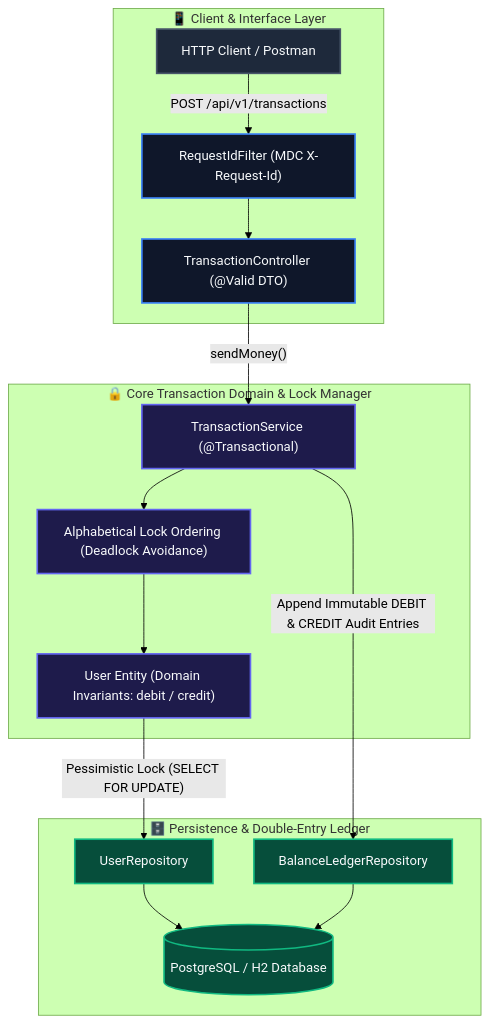
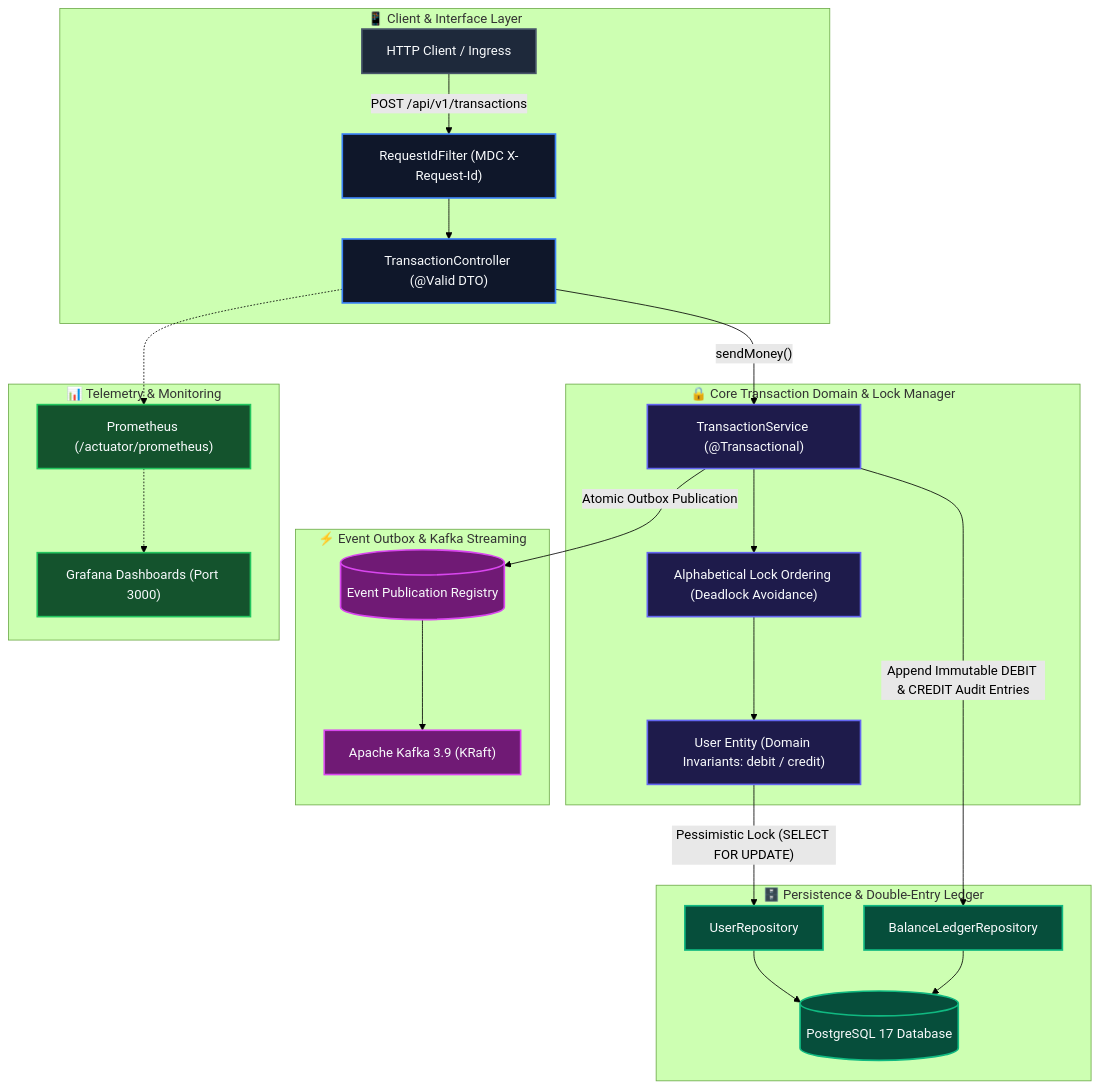
Before and after one commit to shashankch/payflow-api: the diagram in README.md, drawn with Mermaid (forest theme). The commit also changed other lines of this file and 38 other files, not shown here.

````diff
--- a/README.md
+++ b/README.md
@@ -51,30 +55,44 @@
 ```mermaid
 graph TD
     subgraph ClientLayer["📱 Client & Interface Layer"]
-        Client["HTTP Client / Postman"] -->|"POST /api/v1/transactions"| Filter["RequestIdFilter (MDC X-Request-Id)"]
+        Client["HTTP Client / Ingress"] -->|"POST /api/v1/transactions"| Filter["RequestIdFilter (MDC X-Request-Id)"]
         Filter --> Controller["TransactionController (@Valid DTO)"]
     end
 
     subgraph DomainLayer["🔒 Core Transaction Domain & Lock Manager"]
         Controller -->|"sendMoney()"| TxService["TransactionService (@Transactional)"]
         TxService --> LockOrder["Alphabetical Lock Ordering (Deadlock Avoidance)"]
         LockOrder --> UserDomain["User Entity (Domain Invariants: debit / credit)"]
     end
 
     subgraph PersistenceLayer["🗄️ Persistence & Double-Entry Ledger"]
         UserDomain -->|"Pessimistic Lock (SELECT FOR UPDATE)"| UserRepo["UserRepository"]
         TxService -->|"Append Immutable DEBIT & CREDIT Audit Entries"| LedgerRepo["BalanceLedgerRepository"]
-        UserRepo --> DB[("PostgreSQL / H2 Database")]
+        UserRepo --> DB[("PostgreSQL 17 Database")]
         LedgerRepo --> DB
+    end
+
+    subgraph OutboxStreaming["⚡ Event Outbox & Kafka Streaming"]
+        TxService -->|"Atomic Outbox Publication"| Outbox[("Event Publication Registry")]
+        Outbox --> Kafka["Apache Kafka 3.9 (KRaft)"]
+    end
+
+    subgraph ObservabilityStack["📊 Telemetry & Monitoring"]
+        Controller -.-> Prom["Prometheus (/actuator/prometheus)"]
+        Prom -.-> Grafana["Grafana Dashboards (Port 3000)"]
     end
 
     classDef clientStyle fill:#1e293b,stroke:#475569,stroke-width:2px,color:#f8fafc;
     classDef webStyle fill:#0f172a,stroke:#3b82f6,stroke-width:2px,color:#f8fafc;
     classDef domainStyle fill:#1e1b4b,stroke:#6366f1,stroke-width:2px,color:#f8fafc;
     classDef dbStyle fill:#064e3b,stroke:#10b981,stroke-width:2px,color:#f8fafc;
+    classDef streamStyle fill:#701a75,stroke:#d946ef,stroke-width:2px,color:#f8fafc;
+    classDef obsStyle fill:#14532d,stroke:#22c55e,stroke-width:2px,color:#f8fafc;
 
     class Client clientStyle;
     class Filter,Controller webStyle;
     class TxService,LockOrder,UserDomain domainStyle;
     class UserRepo,LedgerRepo,DB dbStyle;
+    class Outbox,Kafka streamStyle;
+    class Prom,Grafana obsStyle;
 ```
````
